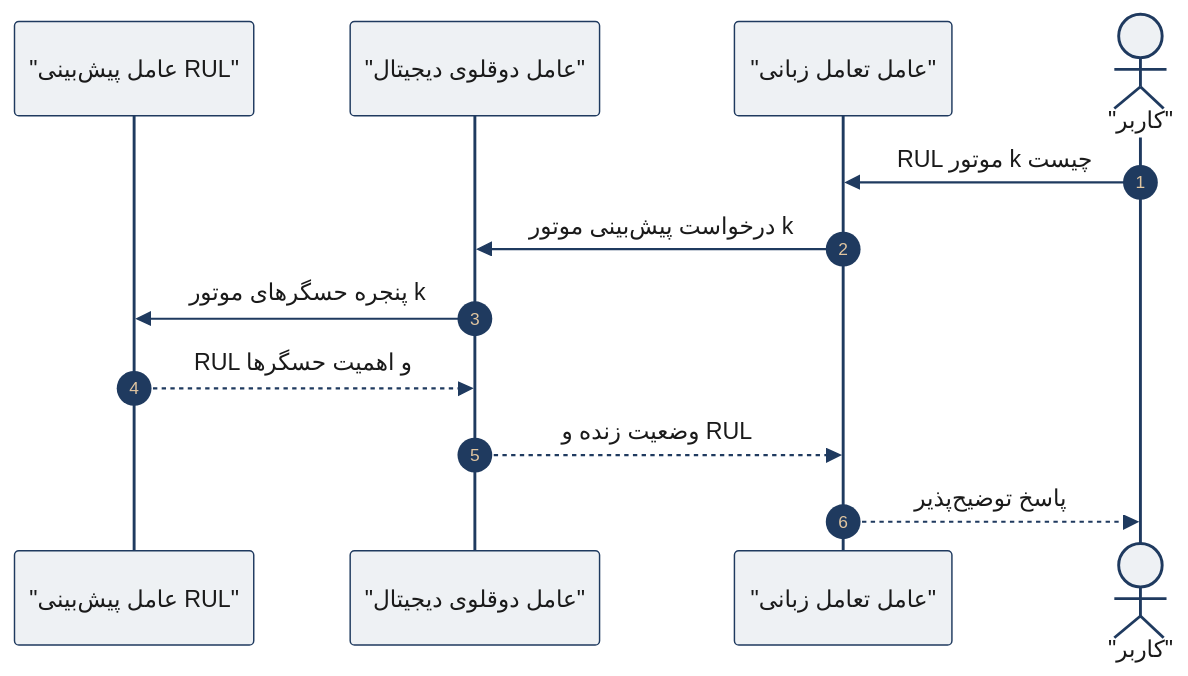
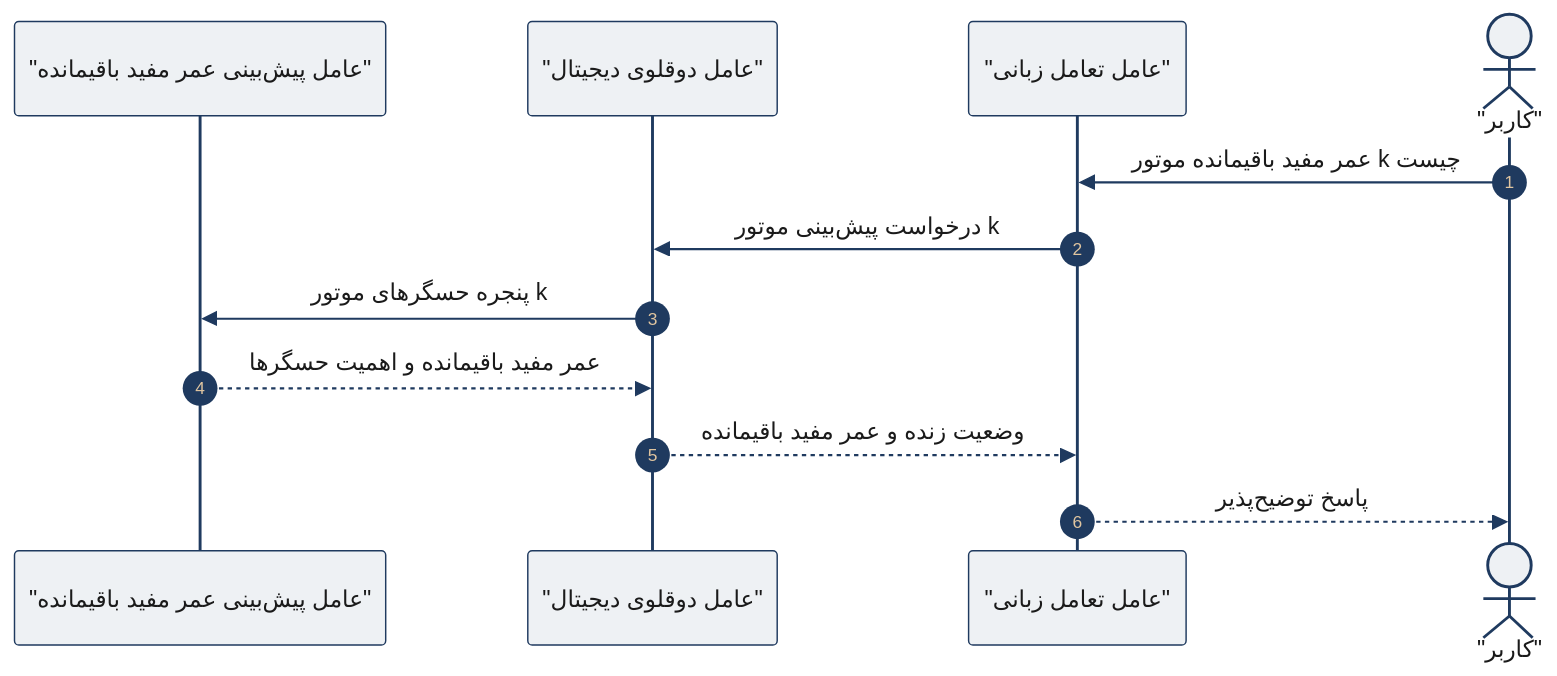
Before and after one commit to navidnasyry/MasterAsCode: the second of 3 diagrams in Writing/Theses/IUT_Theses/images/arch_sequence.md, drawn with Mermaid. The commit also changed other lines of this file and 46 other files, not shown here.

````diff
--- a/Writing/Theses/IUT_Theses/images/arch_sequence.md
+++ b/Writing/Theses/IUT_Theses/images/arch_sequence.md
@@ -46,32 +46,32 @@
 ```mermaid
 ---
 config:
   theme: base
   themeVariables:
     primaryColor: "#eef1f4"
     primaryTextColor: "#1a1a1a"
     primaryBorderColor: "#1f3a5f"
     lineColor: "#1f3a5f"
     actorBkg: "#eef1f4"
     actorBorder: "#1f3a5f"
     actorTextColor: "#1a1a1a"
     signalColor: "#1f3a5f"
     signalTextColor: "#1a1a1a"
     noteBkgColor: "#eef1f4"
     noteBorderColor: "#1f3a5f"
     noteTextColor: "#1a1a1a"
 ---
 sequenceDiagram
     autonumber
-    participant P as "عامل پیش‌بینی RUL"
+    participant P as "عامل پیش‌بینی عمر مفید باقیمانده"
     participant D as "عامل دوقلوی دیجیتال"
     participant L as "عامل تعامل زبانی"
     actor U as "کاربر"
 
-    U->>L: RUL موتور k چیست
+    U->>L: عمر مفید باقیمانده موتور k چیست
     L->>D: درخواست پیش‌بینی موتور k
     D->>P: پنجره حسگرهای موتور k
-    P-->>D: RUL و اهمیت حسگرها
-    D-->>L: وضعیت زنده و RUL
+    P-->>D: عمر مفید باقیمانده و اهمیت حسگرها
+    D-->>L: وضعیت زنده و عمر مفید باقیمانده
     L-->>U: پاسخ توضیح‌پذیر
 ```
````
